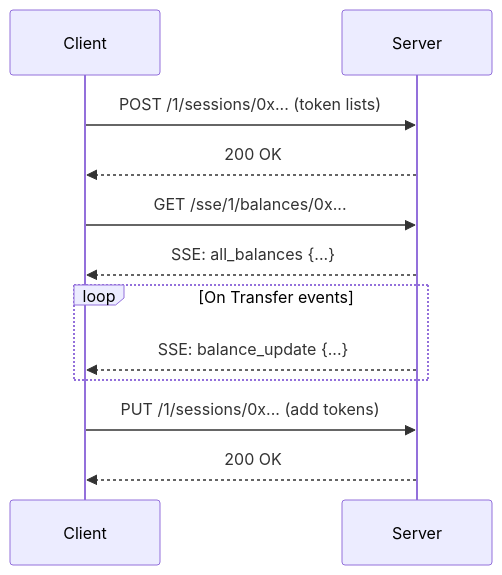
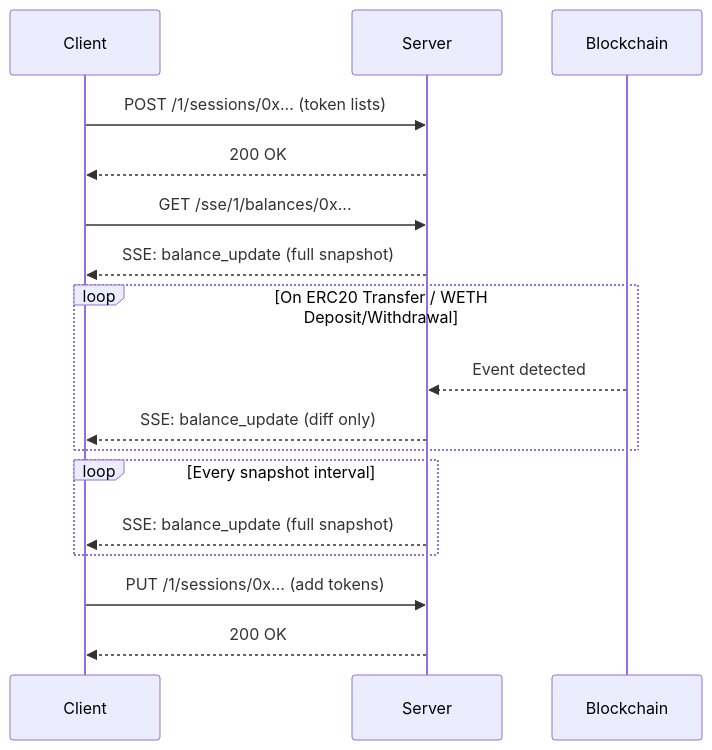
One commit to limitofzero/balances-watcher changed the diagram in README.md. Above: the diagram before and after it, drawn with Mermaid. The commit also changed other lines of this file and 18 other files, not shown here.

````diff
--- a/README.md
+++ b/README.md
@@ -101,18 +126,24 @@
 ```mermaid
 sequenceDiagram
     participant Client
     participant Server
-    
+    participant Blockchain
+
     Client->>Server: POST /1/sessions/0x... (token lists)
     Server-->>Client: 200 OK
-    
+
     Client->>Server: GET /sse/1/balances/0x...
-    Server-->>Client: SSE: all_balances {...}
-    
-    loop On Transfer events
-        Server-->>Client: SSE: balance_update {...}
+    Server-->>Client: SSE: balance_update (full snapshot)
+
+    loop On ERC20 Transfer / WETH Deposit/Withdrawal
+        Blockchain-->>Server: Event detected
+        Server-->>Client: SSE: balance_update (diff only)
     end
-    
+
+    loop Every snapshot interval
+        Server-->>Client: SSE: balance_update (full snapshot)
+    end
+
     Client->>Server: PUT /1/sessions/0x... (add tokens)
     Server-->>Client: 200 OK
 ```
````
